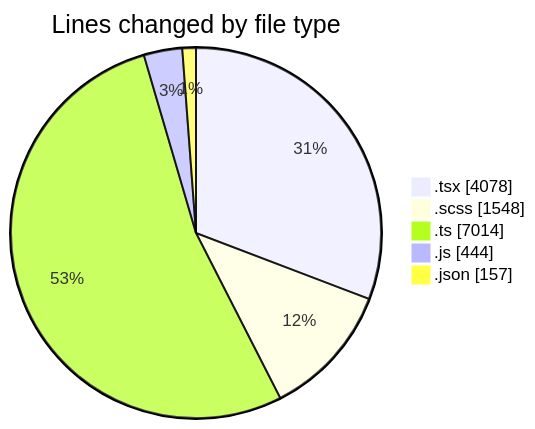
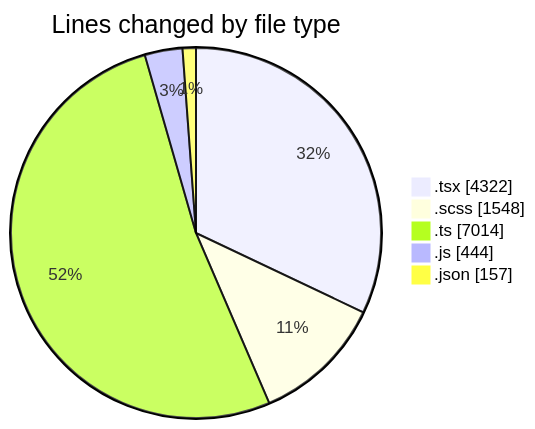
Before and after one commit to momahboobian/code-tracking: the first of 2 diagrams in 2026-04-23/cda/README.md, drawn with Mermaid. The commit also changed other lines of this file and 1 other file, not shown here.

````diff
--- a/2026-04-23/cda/README.md
+++ b/2026-04-23/cda/README.md
@@ -44,9 +44,9 @@
 ```mermaid
 pie showData
 title Lines changed by file type
-".tsx" : 4078
+".tsx" : 4322
 ".scss" : 1548
 ".ts" : 7014
 ".js" : 444
 ".json" : 157
 ```
````
